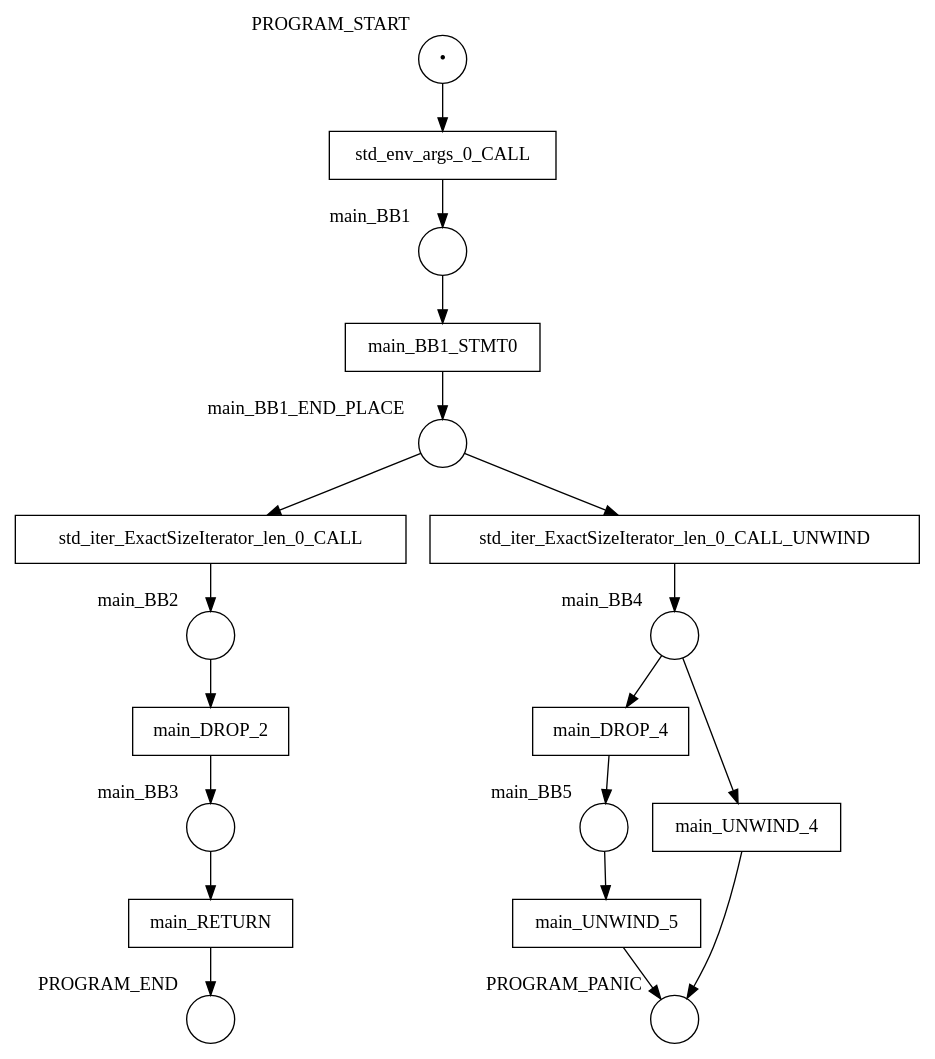
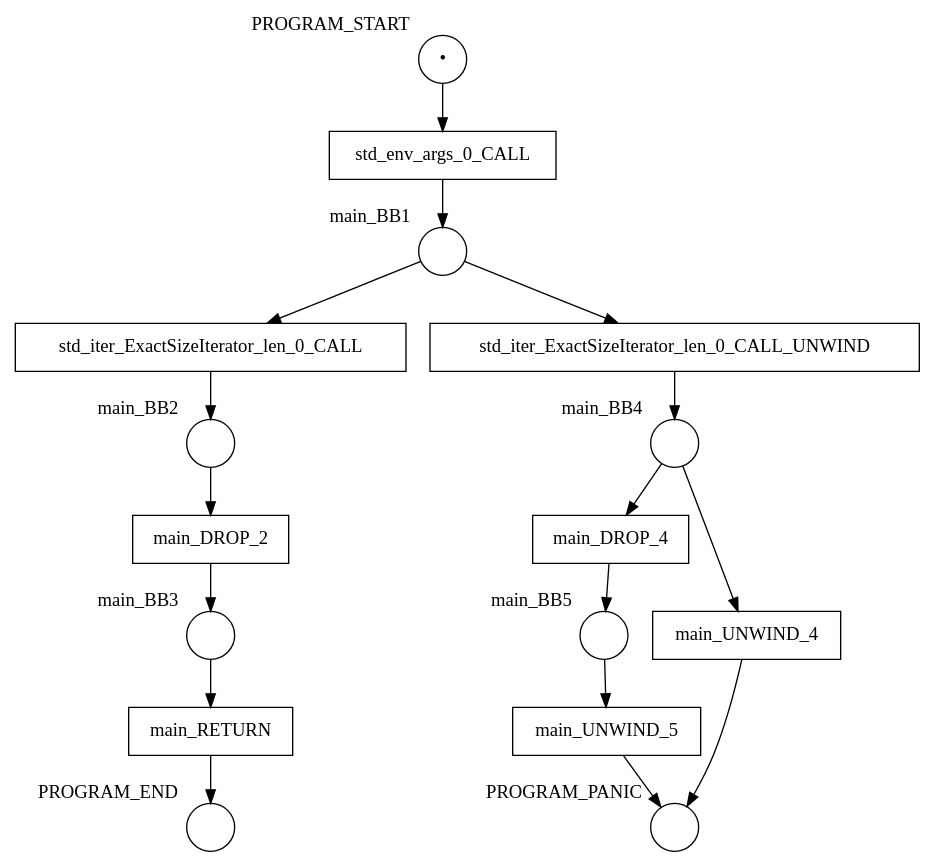
One commit to hlisdero/cargo-check-deadlock changed the diagram in examples/results/statement/match/net.dot. Above: the diagram before and after it, drawn with Graphviz. The commit also changed 57 other files, not shown here.

First line of the commit message:
Architectural change: Do not model MIR statements anymore.

```diff
--- a/examples/results/statement/match/net.dot
+++ b/examples/results/statement/match/net.dot
@@ -1,38 +1,34 @@
 digraph petrinet {
     PROGRAM_END [shape="circle" xlabel="PROGRAM_END" label=""];
     PROGRAM_PANIC [shape="circle" xlabel="PROGRAM_PANIC" label=""];
     PROGRAM_START [shape="circle" xlabel="PROGRAM_START" label="•"];
     main_BB1 [shape="circle" xlabel="main_BB1" label=""];
-    main_BB1_END_PLACE [shape="circle" xlabel="main_BB1_END_PLACE" label=""];
     main_BB2 [shape="circle" xlabel="main_BB2" label=""];
     main_BB3 [shape="circle" xlabel="main_BB3" label=""];
     main_BB4 [shape="circle" xlabel="main_BB4" label=""];
     main_BB5 [shape="circle" xlabel="main_BB5" label=""];
-    main_BB1_STMT0 [shape="box" xlabel="" label="main_BB1_STMT0"];
     main_DROP_2 [shape="box" xlabel="" label="main_DROP_2"];
     main_DROP_4 [shape="box" xlabel="" label="main_DROP_4"];
     main_RETURN [shape="box" xlabel="" label="main_RETURN"];
     main_UNWIND_4 [shape="box" xlabel="" label="main_UNWIND_4"];
     main_UNWIND_5 [shape="box" xlabel="" label="main_UNWIND_5"];
     std_env_args_0_CALL [shape="box" xlabel="" label="std_env_args_0_CALL"];
     std_iter_ExactSizeIterator_len_0_CALL [shape="box" xlabel="" label="std_iter_ExactSizeIterator_len_0_CALL"];
     std_iter_ExactSizeIterator_len_0_CALL_UNWIND [shape="box" xlabel="" label="std_iter_ExactSizeIterator_len_0_CALL_UNWIND"];
     PROGRAM_START -> std_env_args_0_CALL;
-    main_BB1 -> main_BB1_STMT0;
-    main_BB1_END_PLACE -> std_iter_ExactSizeIterator_len_0_CALL;
-    main_BB1_END_PLACE -> std_iter_ExactSizeIterator_len_0_CALL_UNWIND;
+    main_BB1 -> std_iter_ExactSizeIterator_len_0_CALL;
+    main_BB1 -> std_iter_ExactSizeIterator_len_0_CALL_UNWIND;
     main_BB2 -> main_DROP_2;
     main_BB3 -> main_RETURN;
     main_BB4 -> main_DROP_4;
     main_BB4 -> main_UNWIND_4;
     main_BB5 -> main_UNWIND_5;
-    main_BB1_STMT0 -> main_BB1_END_PLACE;
     main_DROP_2 -> main_BB3;
     main_DROP_4 -> main_BB5;
     main_RETURN -> PROGRAM_END;
     main_UNWIND_4 -> PROGRAM_PANIC;
     main_UNWIND_5 -> PROGRAM_PANIC;
     std_env_args_0_CALL -> main_BB1;
     std_iter_ExactSizeIterator_len_0_CALL -> main_BB2;
     std_iter_ExactSizeIterator_len_0_CALL_UNWIND -> main_BB4;
 }
```
